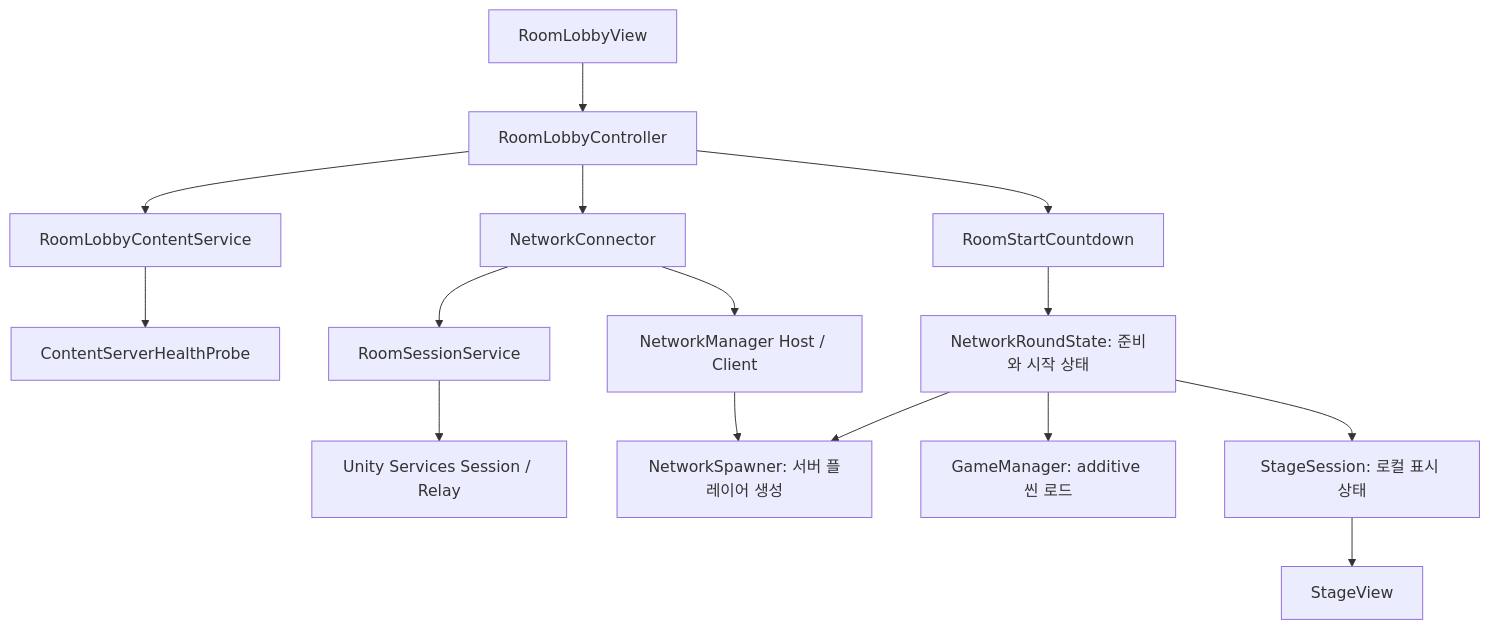
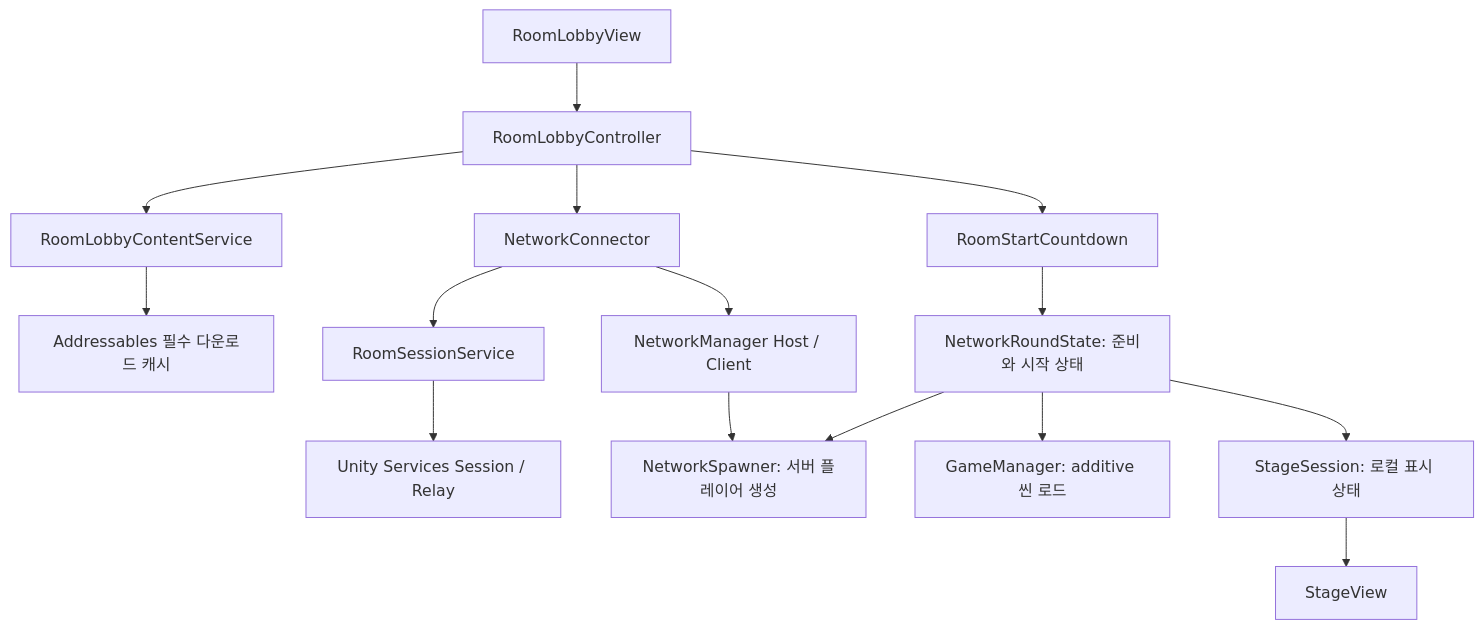
One commit to LTHAHOON/PlatformCoinLab changed the first of 2 diagrams in PlatformCoinLab/CoinGame_GDD.md. Above: the diagram before and after it, drawn with Mermaid. The commit also changed other lines of this file and 150 other files, not shown here.

````diff
--- a/PlatformCoinLab/CoinGame_GDD.md
+++ b/PlatformCoinLab/CoinGame_GDD.md
@@ -617,17 +617,17 @@
 ```mermaid
 flowchart TD
     View[RoomLobbyView] --> Lobby[RoomLobbyController]
     Lobby --> Content[RoomLobbyContentService]
-    Content --> Health[ContentServerHealthProbe]
+    Content --> Cache[Addressables 필수 다운로드 캐시]
     Lobby --> Connector[NetworkConnector]
     Connector --> Session[RoomSessionService]
     Session --> Services[Unity Services Session / Relay]
     Connector --> NGO[NetworkManager Host / Client]
     NGO --> Spawn[NetworkSpawner: 서버 플레이어 생성]
     Lobby --> Countdown[RoomStartCountdown]
     Countdown --> Round[NetworkRoundState: 준비와 시작 상태]
     Round --> GM[GameManager: additive 씬 로드]
     Round --> Spawn
     Round --> Local[StageSession: 로컬 표시 상태]
     Local --> StageUI[StageView]
 ```
````
